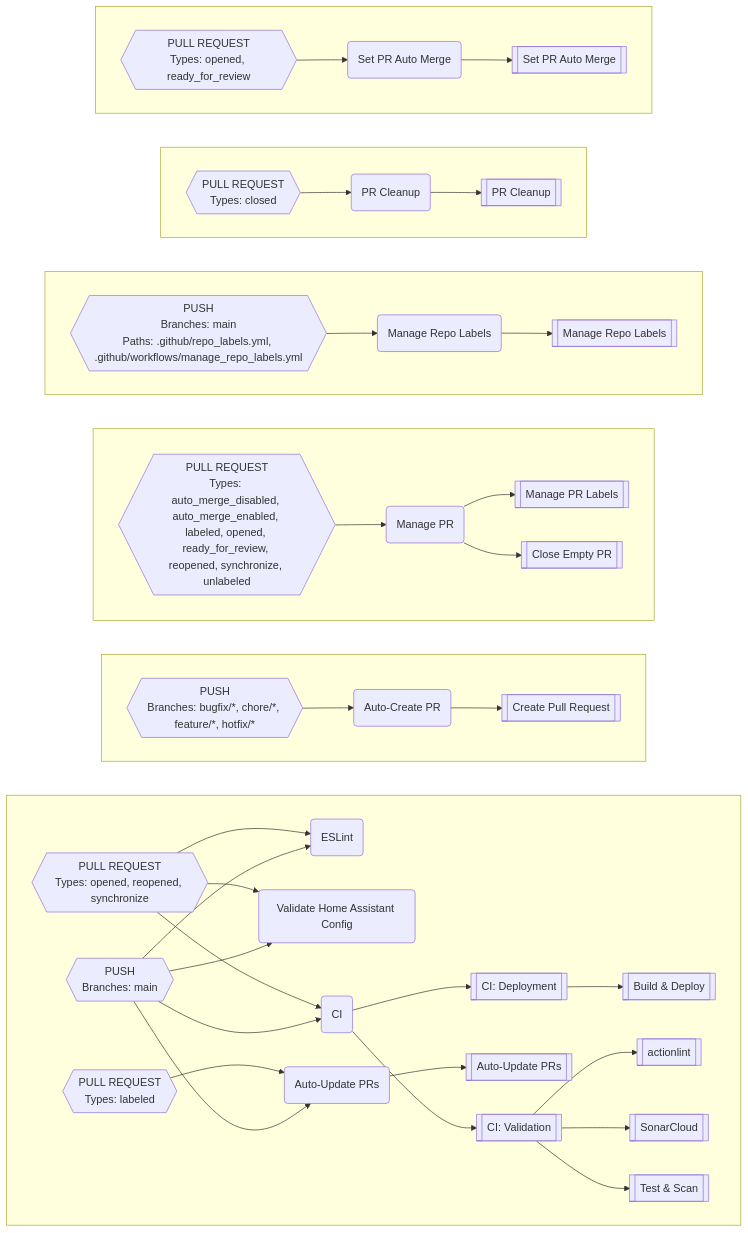
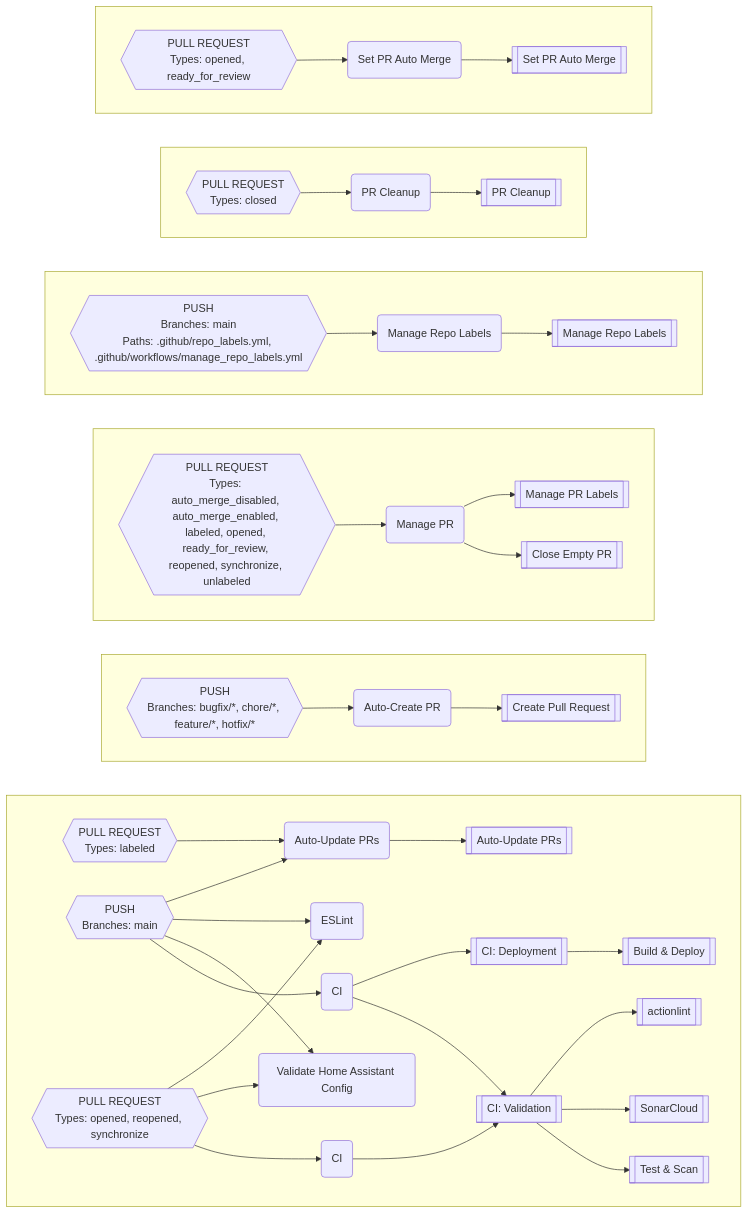
One commit to worgarside/github-config-files changed the diagram in README.md. Above: the diagram before and after it, drawn with Mermaid. The commit also changed other lines of this file and 3 other files, not shown here.

````diff
--- a/README.md
+++ b/README.md
@@ -355,45 +369,46 @@
 ```mermaid
 flowchart LR
-subgraph CN[" "]
+subgraph CQ[" "]
 direction LR
 K-->D
+CH-->K
+CH-->R
+BO-->BN
+BN-->AL
+CJ-->BN
 CJ-->BY
 CJ-->CC
 CJ-->CH
-BO-->BN
-BN-->AL
-CK-->BN
-CK-->BY
-CK-->CC
-CK-->CH
-CH-->K
-CH-->R
+CO-->BY
+CO-->CC
+CO-->CM
+CM-->R
 R-->A
 R-->AV
 R-->AY
 end
-subgraph CO[" "]
+subgraph CR[" "]
 direction LR
 BC-->BB
 BB-->AA
 end
-subgraph CP[" "]
+subgraph CS[" "]
 direction LR
 BF-->BE
 BE-->AE
 BE-->W
 end
-subgraph CQ[" "]
+subgraph CT[" "]
 direction LR
 BK-->BJ
 BJ-->AI
 end
-subgraph CR[" "]
+subgraph CU[" "]
 direction LR
 BS-->BR
 BR-->AO
 end
-subgraph CS[" "]
+subgraph CV[" "]
 direction LR
 BV-->BU
 BU-->AS
@@ -435,11 +450,12 @@
 BY("ESLint")
 CC("Validate Home Assistant Config")
 CH("CI")
-CJ{{"PULL REQUEST
+CJ{{"PUSH
+Branches: main
+"}}
+CM("CI")
+CO{{"PULL REQUEST
 Types: opened, reopened, synchronize
-"}}
-CK{{"PUSH
-Branches: main
 "}}
 D[["Build & Deploy"]]
 K[["CI: Deployment"]]
````
